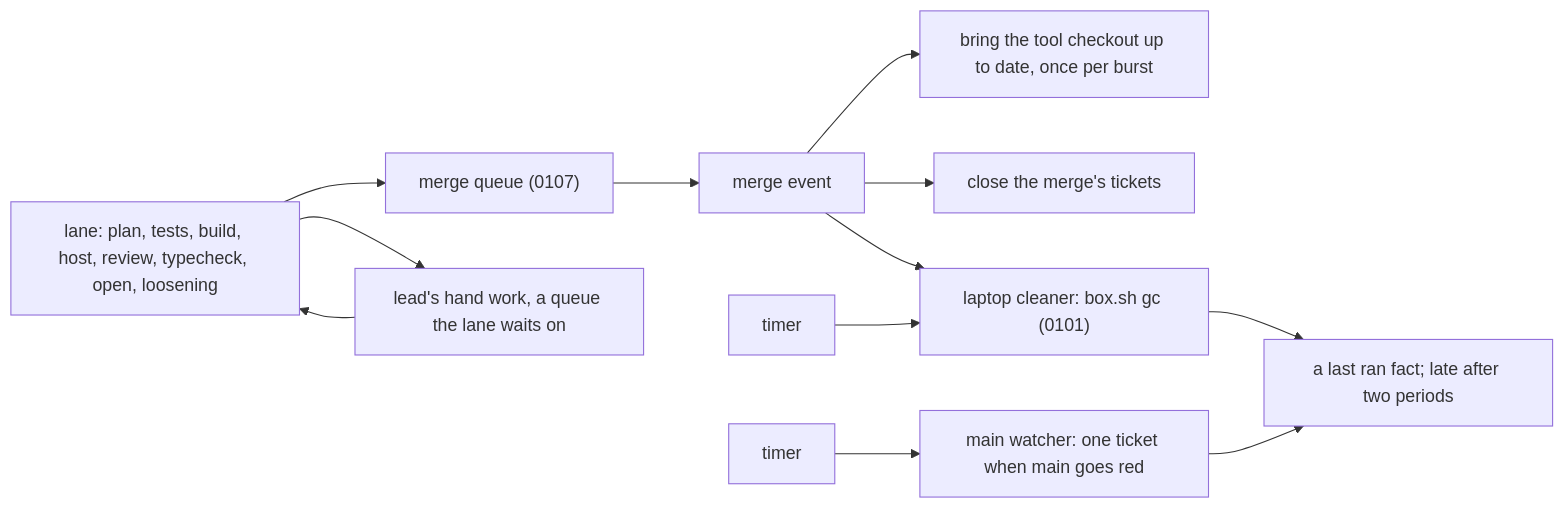
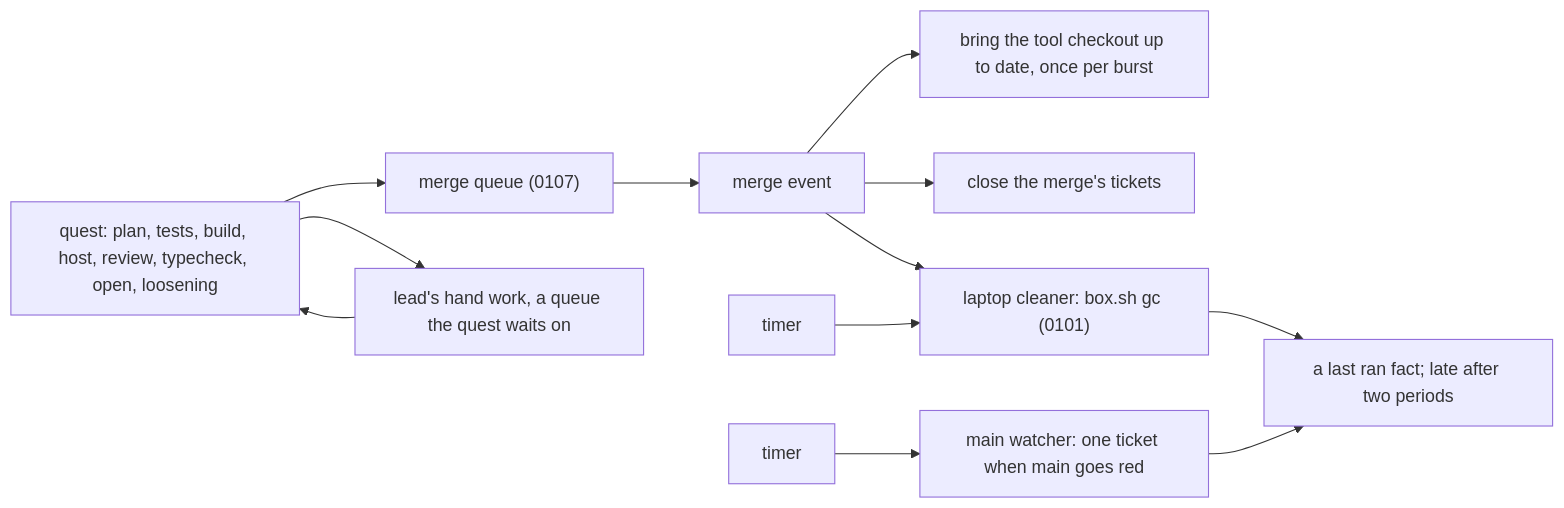
The diagram in docs/direction/lane-queue-or-scheduled-job.md (kamp-us/tea-fabrika), drawn with Mermaid before and after one commit. The commit also changed other lines of this file and 6 other files, not shown here.

````diff
--- a/docs/direction/lane-queue-or-scheduled-job.md
+++ b/docs/direction/lane-queue-or-scheduled-job.md
@@ -44,14 +44,14 @@
 ```mermaid
 flowchart LR
-  lane["lane: plan, tests, build, host, review, typecheck, open, loosening"] --> mq["merge queue (0107)"]
-  lane --> desk["lead's hand work, a queue the lane waits on"]
-  desk --> lane
+  quest["quest: plan, tests, build, host, review, typecheck, open, loosening"] --> mq["merge queue (0107)"]
+  quest --> desk["lead's hand work, a queue the quest waits on"]
+  desk --> quest
   mq --> merged["merge event"]
   merged --> checkout["bring the tool checkout up to date, once per burst"]
   merged --> close["close the merge's tickets"]
   merged --> cleaner
   timer1["timer"] --> cleaner["laptop cleaner: box.sh gc (0101)"]
   timer2["timer"] --> watcher["main watcher: one ticket when main goes red"]
   cleaner --> lastRan["a last ran fact; late after two periods"]
   watcher --> lastRan
 ```
````
